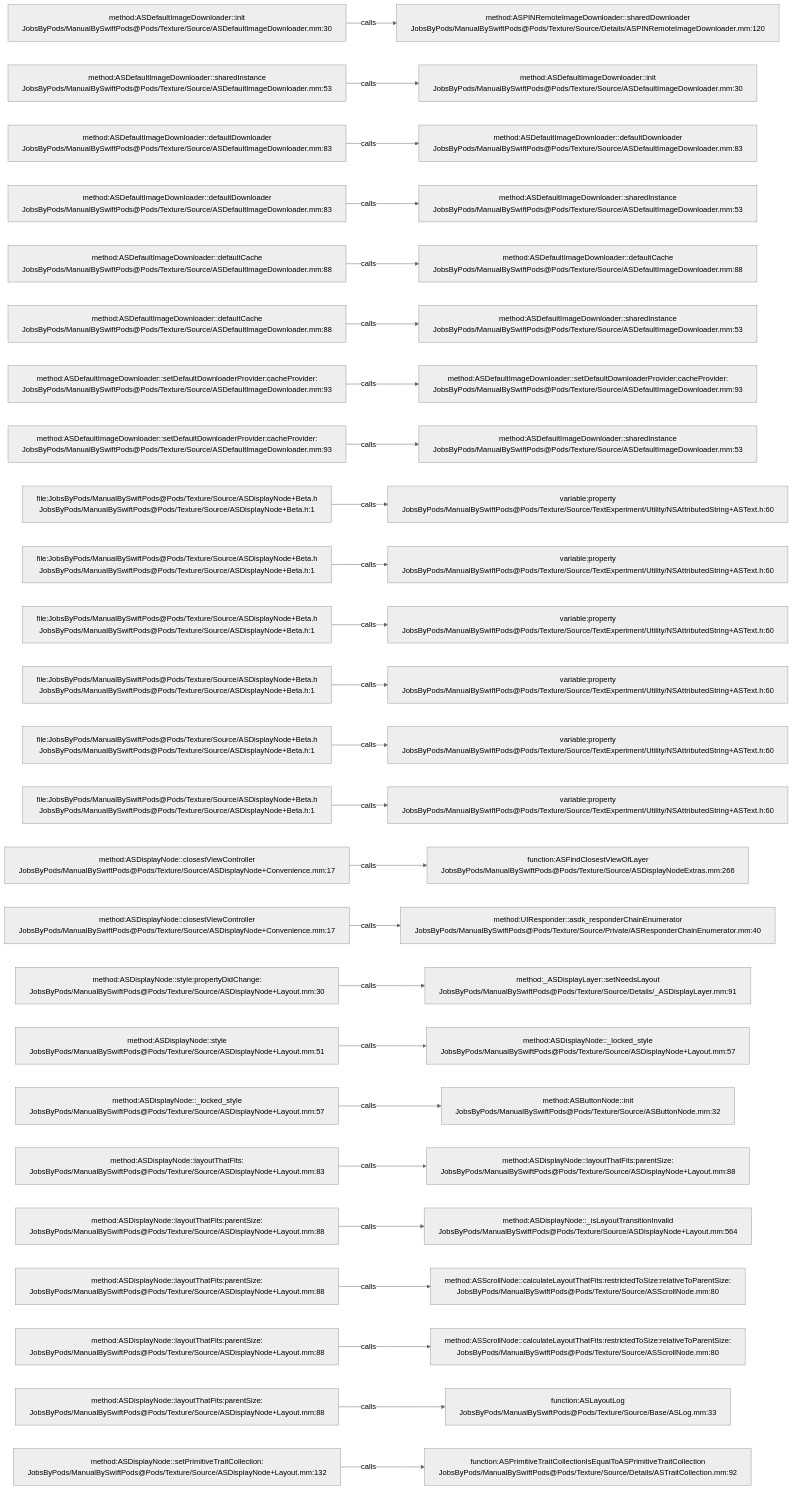
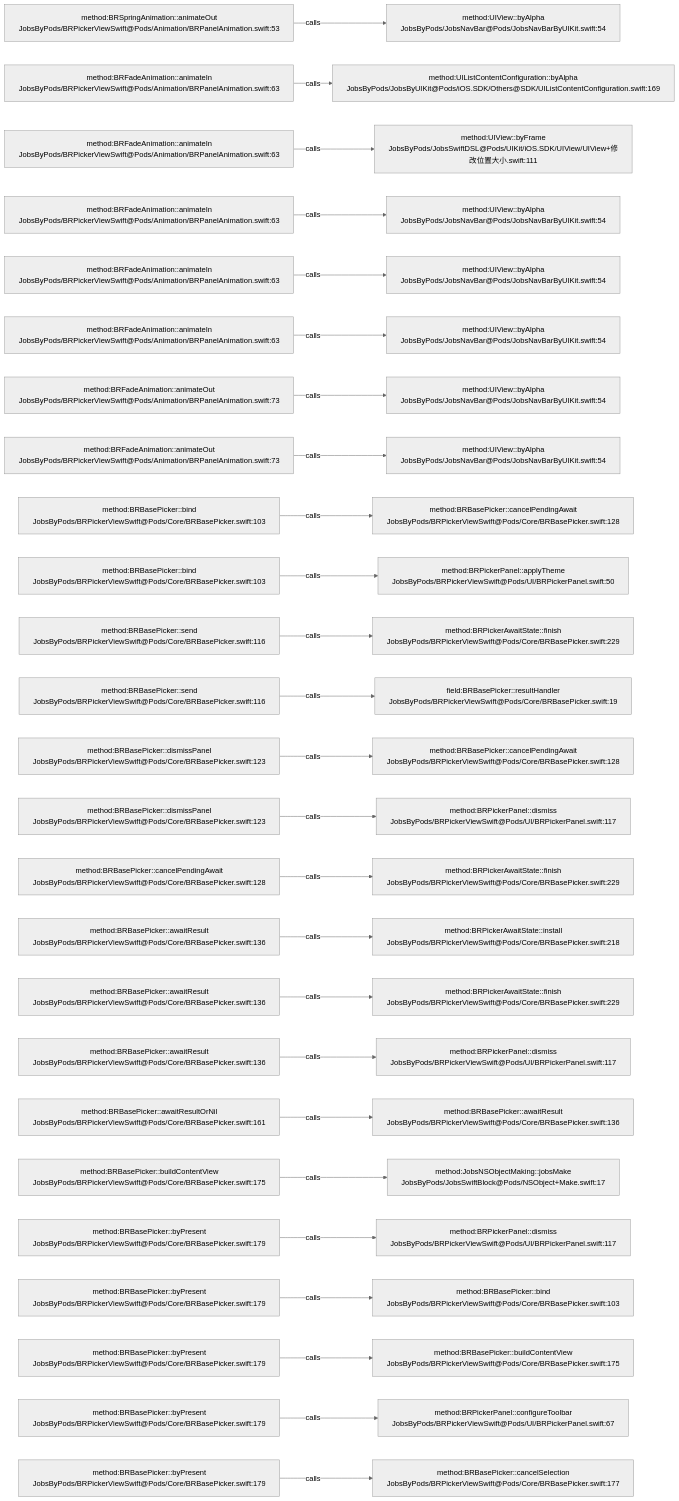
One commit to JobsKits/JobsSwiftBaseConfigDemo changed the diagram in .codegraph/codegraph.md/graphs/calls-020.md. Above: the diagram before and after it, drawn with Mermaid (neutral theme). The commit also changed 224 other files, not shown here.

````diff
--- a/.codegraph/codegraph.md/graphs/calls-020.md
+++ b/.codegraph/codegraph.md/graphs/calls-020.md
@@ -13,78 +13,78 @@
 ```mermaid
 flowchart LR
-  S1["method:ASDefaultImageDownloader::init<br/>JobsByPods/ManualBySwiftPods@Pods/Texture/Source/ASDefaultImageDownloader.mm:30"]
-  T1["method:ASPINRemoteImageDownloader::sharedDownloader<br/>JobsByPods/ManualBySwiftPods@Pods/Texture/Source/Details/ASPINRemoteImageDownloader.mm:120"]
+  S1["method:BRSpringAnimation::animateOut<br/>JobsByPods/BRPickerViewSwift@Pods/Animation/BRPanelAnimation.swift:53"]
+  T1["method:UIView::byAlpha<br/>JobsByPods/JobsNavBar@Pods/JobsNavBarByUIKit.swift:54"]
   S1 -->|calls| T1
-  S2["method:ASDefaultImageDownloader::sharedInstance<br/>JobsByPods/ManualBySwiftPods@Pods/Texture/Source/ASDefaultImageDownloader.mm:53"]
-  T2["method:ASDefaultImageDownloader::init<br/>JobsByPods/ManualBySwiftPods@Pods/Texture/Source/ASDefaultImageDownloader.mm:30"]
+  S2["method:BRFadeAnimation::animateIn<br/>JobsByPods/BRPickerViewSwift@Pods/Animation/BRPanelAnimation.swift:63"]
+  T2["method:UIListContentConfiguration::byAlpha<br/>JobsByPods/JobsByUIKit@Pods/iOS.SDK/Others@SDK/UIListContentConfiguration.swift:169"]
   S2 -->|calls| T2
-  S3["method:ASDefaultImageDownloader::defaultDownloader<br/>JobsByPods/ManualBySwiftPods@Pods/Texture/Source/ASDefaultImageDownloader.mm:83"]
-  T3["method:ASDefaultImageDownloader::defaultDownloader<br/>JobsByPods/ManualBySwiftPods@Pods/Texture/Source/ASDefaultImageDownloader.mm:83"]
+  S3["method:BRFadeAnimation::animateIn<br/>JobsByPods/BRPickerViewSwift@Pods/Animation/BRPanelAnimation.swift:63"]
+  T3["method:UIView::byFrame<br/>JobsByPods/JobsSwiftDSL@Pods/UIKit/iOS.SDK/UIView/UIView+修改位置大小.swift:111"]
   S3 -->|calls| T3
-  S4["method:ASDefaultImageDownloader::defaultDownloader<br/>JobsByPods/ManualBySwiftPods@Pods/Texture/Source/ASDefaultImageDownloader.mm:83"]
-  T4["method:ASDefaultImageDownloader::sharedInstance<br/>JobsByPods/ManualBySwiftPods@Pods/Texture/Source/ASDefaultImageDownloader.mm:53"]
+  S4["method:BRFadeAnimation::animateIn<br/>JobsByPods/BRPickerViewSwift@Pods/Animation/BRPanelAnimation.swift:63"]
+  T4["method:UIView::byAlpha<br/>JobsByPods/JobsNavBar@Pods/JobsNavBarByUIKit.swift:54"]
   S4 -->|calls| T4
-  S5["method:ASDefaultImageDownloader::defaultCache<br/>JobsByPods/ManualBySwiftPods@Pods/Texture/Source/ASDefaultImageDownloader.mm:88"]
-  T5["method:ASDefaultImageDownloader::defaultCache<br/>JobsByPods/ManualBySwiftPods@Pods/Texture/Source/ASDefaultImageDownloader.mm:88"]
+  S5["method:BRFadeAnimation::animateIn<br/>JobsByPods/BRPickerViewSwift@Pods/Animation/BRPanelAnimation.swift:63"]
+  T5["method:UIView::byAlpha<br/>JobsByPods/JobsNavBar@Pods/JobsNavBarByUIKit.swift:54"]
   S5 -->|calls| T5
-  S6["method:ASDefaultImageDownloader::defaultCache<br/>JobsByPods/ManualBySwiftPods@Pods/Texture/Source/ASDefaultImageDownloader.mm:88"]
-  T6["method:ASDefaultImageDownloader::sharedInstance<br/>JobsByPods/ManualBySwiftPods@Pods/Texture/Source/ASDefaultImageDownloader.mm:53"]
+  S6["method:BRFadeAnimation::animateIn<br/>JobsByPods/BRPickerViewSwift@Pods/Animation/BRPanelAnimation.swift:63"]
+  T6["method:UIView::byAlpha<br/>JobsByPods/JobsNavBar@Pods/JobsNavBarByUIKit.swift:54"]
   S6 -->|calls| T6
-  S7["method:ASDefaultImageDownloader::setDefaultDownloaderProvider:cacheProvider:<br/>JobsByPods/ManualBySwiftPods@Pods/Texture/Source/ASDefaultImageDownloader.mm:93"]
-  T7["method:ASDefaultImageDownloader::setDefaultDownloaderProvider:cacheProvider:<br/>JobsByPods/ManualBySwiftPods@Pods/Texture/Source/ASDefaultImageDownloader.mm:93"]
+  S7["method:BRFadeAnimation::animateOut<br/>JobsByPods/BRPickerViewSwift@Pods/Animation/BRPanelAnimation.swift:73"]
+  T7["method:UIView::byAlpha<br/>JobsByPods/JobsNavBar@Pods/JobsNavBarByUIKit.swift:54"]
   S7 -->|calls| T7
-  S8["method:ASDefaultImageDownloader::setDefaultDownloaderProvider:cacheProvider:<br/>JobsByPods/ManualBySwiftPods@Pods/Texture/Source/ASDefaultImageDownloader.mm:93"]
-  T8["method:ASDefaultImageDownloader::sharedInstance<br/>JobsByPods/ManualBySwiftPods@Pods/Texture/Source/ASDefaultImageDownloader.mm:53"]
+  S8["method:BRFadeAnimation::animateOut<br/>JobsByPods/BRPickerViewSwift@Pods/Animation/BRPanelAnimation.swift:73"]
+  T8["method:UIView::byAlpha<br/>JobsByPods/JobsNavBar@Pods/JobsNavBarByUIKit.swift:54"]
   S8 -->|calls| T8
-  S9["file:JobsByPods/ManualBySwiftPods@Pods/Texture/Source/ASDisplayNode+Beta.h<br/>JobsByPods/ManualBySwiftPods@Pods/Texture/Source/ASDisplayNode+Beta.h:1"]
-  T9["variable:property<br/>JobsByPods/ManualBySwiftPods@Pods/Texture/Source/TextExperiment/Utility/NSAttributedString+ASText.h:60"]
+  S9["method:BRBasePicker::bind<br/>JobsByPods/BRPickerViewSwift@Pods/Core/BRBasePicker.swift:103"]
+  T9["method:BRBasePicker::cancelPendingAwait<br/>JobsByPods/BRPickerViewSwift@Pods/Core/BRBasePicker.swift:128"]
   S9 -->|calls| T9
-  S10["file:JobsByPods/ManualBySwiftPods@Pods/Texture/Source/ASDisplayNode+Beta.h<br/>JobsByPods/ManualBySwiftPods@Pods/Texture/Source/ASDisplayNode+Beta.h:1"]
-  T10["variable:property<br/>JobsByPods/ManualBySwiftPods@Pods/Texture/Source/TextExperiment/Utility/NSAttributedString+ASText.h:60"]
+  S10["method:BRBasePicker::bind<br/>JobsByPods/BRPickerViewSwift@Pods/Core/BRBasePicker.swift:103"]
+  T10["method:BRPickerPanel::applyTheme<br/>JobsByPods/BRPickerViewSwift@Pods/UI/BRPickerPanel.swift:50"]
   S10 -->|calls| T10
-  S11["file:JobsByPods/ManualBySwiftPods@Pods/Texture/Source/ASDisplayNode+Beta.h<br/>JobsByPods/ManualBySwiftPods@Pods/Texture/Source/ASDisplayNode+Beta.h:1"]
-  T11["variable:property<br/>JobsByPods/ManualBySwiftPods@Pods/Texture/Source/TextExperiment/Utility/NSAttributedString+ASText.h:60"]
+  S11["method:BRBasePicker::send<br/>JobsByPods/BRPickerViewSwift@Pods/Core/BRBasePicker.swift:116"]
+  T11["method:BRPickerAwaitState::finish<br/>JobsByPods/BRPickerViewSwift@Pods/Core/BRBasePicker.swift:229"]
   S11 -->|calls| T11
-  S12["file:JobsByPods/ManualBySwiftPods@Pods/Texture/Source/ASDisplayNode+Beta.h<br/>JobsByPods/ManualBySwiftPods@Pods/Texture/Source/ASDisplayNode+Beta.h:1"]
-  T12["variable:property<br/>JobsByPods/ManualBySwiftPods@Pods/Texture/Source/TextExperiment/Utility/NSAttributedString+ASText.h:60"]
+  S12["method:BRBasePicker::send<br/>JobsByPods/BRPickerViewSwift@Pods/Core/BRBasePicker.swift:116"]
+  T12["field:BRBasePicker::resultHandler<br/>JobsByPods/BRPickerViewSwift@Pods/Core/BRBasePicker.swift:19"]
   S12 -->|calls| T12
-  S13["file:JobsByPods/ManualBySwiftPods@Pods/Texture/Source/ASDisplayNode+Beta.h<br/>JobsByPods/ManualBySwiftPods@Pods/Texture/Source/ASDisplayNode+Beta.h:1"]
-  T13["variable:property<br/>JobsByPods/ManualBySwiftPods@Pods/Texture/Source/TextExperiment/Utility/NSAttributedString+ASText.h:60"]
+  S13["method:BRBasePicker::dismissPanel<br/>JobsByPods/BRPickerViewSwift@Pods/Core/BRBasePicker.swift:123"]
+  T13["method:BRBasePicker::cancelPendingAwait<br/>JobsByPods/BRPickerViewSwift@Pods/Core/BRBasePicker.swift:128"]
   S13 -->|calls| T13
-  S14["file:JobsByPods/ManualBySwiftPods@Pods/Texture/Source/ASDisplayNode+Beta.h<br/>JobsByPods/ManualBySwiftPods@Pods/Texture/Source/ASDisplayNode+Beta.h:1"]
-  T14["variable:property<br/>JobsByPods/ManualBySwiftPods@Pods/Texture/Source/TextExperiment/Utility/NSAttributedString+ASText.h:60"]
+  S14["method:BRBasePicker::dismissPanel<br/>JobsByPods/BRPickerViewSwift@Pods/Core/BRBasePicker.swift:123"]
+  T14["method:BRPickerPanel::dismiss<br/>JobsByPods/BRPickerViewSwift@Pods/UI/BRPickerPanel.swift:117"]
   S14 -->|calls| T14
-  S15["method:ASDisplayNode::closestViewController<br/>JobsByPods/ManualBySwiftPods@Pods/Texture/Source/ASDisplayNode+Convenience.mm:17"]
-  T15["function:ASFindClosestViewOfLayer<br/>JobsByPods/ManualBySwiftPods@Pods/Texture/Source/ASDisplayNodeExtras.mm:266"]
+  S15["method:BRBasePicker::cancelPendingAwait<br/>JobsByPods/BRPickerViewSwift@Pods/Core/BRBasePicker.swift:128"]
+  T15["method:BRPickerAwaitState::finish<br/>JobsByPods/BRPickerViewSwift@Pods/Core/BRBasePicker.swift:229"]
   S15 -->|calls| T15
-  S16["method:ASDisplayNode::closestViewController<br/>JobsByPods/ManualBySwiftPods@Pods/Texture/Source/ASDisplayNode+Convenience.mm:17"]
-  T16["method:UIResponder::asdk_responderChainEnumerator<br/>JobsByPods/ManualBySwiftPods@Pods/Texture/Source/Private/ASResponderChainEnumerator.mm:40"]
+  S16["method:BRBasePicker::awaitResult<br/>JobsByPods/BRPickerViewSwift@Pods/Core/BRBasePicker.swift:136"]
+  T16["method:BRPickerAwaitState::install<br/>JobsByPods/BRPickerViewSwift@Pods/Core/BRBasePicker.swift:218"]
   S16 -->|calls| T16
-  S17["method:ASDisplayNode::style:propertyDidChange:<br/>JobsByPods/ManualBySwiftPods@Pods/Texture/Source/ASDisplayNode+Layout.mm:30"]
-  T17["method:_ASDisplayLayer::setNeedsLayout<br/>JobsByPods/ManualBySwiftPods@Pods/Texture/Source/Details/_ASDisplayLayer.mm:91"]
+  S17["method:BRBasePicker::awaitResult<br/>JobsByPods/BRPickerViewSwift@Pods/Core/BRBasePicker.swift:136"]
+  T17["method:BRPickerAwaitState::finish<br/>JobsByPods/BRPickerViewSwift@Pods/Core/BRBasePicker.swift:229"]
   S17 -->|calls| T17
-  S18["method:ASDisplayNode::style<br/>JobsByPods/ManualBySwiftPods@Pods/Texture/Source/ASDisplayNode+Layout.mm:51"]
-  T18["method:ASDisplayNode::_locked_style<br/>JobsByPods/ManualBySwiftPods@Pods/Texture/Source/ASDisplayNode+Layout.mm:57"]
+  S18["method:BRBasePicker::awaitResult<br/>JobsByPods/BRPickerViewSwift@Pods/Core/BRBasePicker.swift:136"]
+  T18["method:BRPickerPanel::dismiss<br/>JobsByPods/BRPickerViewSwift@Pods/UI/BRPickerPanel.swift:117"]
   S18 -->|calls| T18
-  S19["method:ASDisplayNode::_locked_style<br/>JobsByPods/ManualBySwiftPods@Pods/Texture/Source/ASDisplayNode+Layout.mm:57"]
-  T19["method:ASButtonNode::init<br/>JobsByPods/ManualBySwiftPods@Pods/Texture/Source/ASButtonNode.mm:32"]
+  S19["method:BRBasePicker::awaitResultOrNil<br/>JobsByPods/BRPickerViewSwift@Pods/Core/BRBasePicker.swift:161"]
+  T19["method:BRBasePicker::awaitResult<br/>JobsByPods/BRPickerViewSwift@Pods/Core/BRBasePicker.swift:136"]
   S19 -->|calls| T19
-  S20["method:ASDisplayNode::layoutThatFits:<br/>JobsByPods/ManualBySwiftPods@Pods/Texture/Source/ASDisplayNode+Layout.mm:83"]
-  T20["method:ASDisplayNode::layoutThatFits:parentSize:<br/>JobsByPods/ManualBySwiftPods@Pods/Texture/Source/ASDisplayNode+Layout.mm:88"]
+  S20["method:BRBasePicker::buildContentView<br/>JobsByPods/BRPickerViewSwift@Pods/Core/BRBasePicker.swift:175"]
+  T20["method:JobsNSObjectMaking::jobsMake<br/>JobsByPods/JobsSwiftBlock@Pods/NSObject+Make.swift:17"]
   S20 -->|calls| T20
-  S21["method:ASDisplayNode::layoutThatFits:parentSize:<br/>JobsByPods/ManualBySwiftPods@Pods/Texture/Source/ASDisplayNode+Layout.mm:88"]
-  T21["method:ASDisplayNode::_isLayoutTransitionInvalid<br/>JobsByPods/ManualBySwiftPods@Pods/Texture/Source/ASDisplayNode+Layout.mm:564"]
+  S21["method:BRBasePicker::byPresent<br/>JobsByPods/BRPickerViewSwift@Pods/Core/BRBasePicker.swift:179"]
+  T21["method:BRPickerPanel::dismiss<br/>JobsByPods/BRPickerViewSwift@Pods/UI/BRPickerPanel.swift:117"]
   S21 -->|calls| T21
-  S22["method:ASDisplayNode::layoutThatFits:parentSize:<br/>JobsByPods/ManualBySwiftPods@Pods/Texture/Source/ASDisplayNode+Layout.mm:88"]
-  T22["method:ASScrollNode::calculateLayoutThatFits:restrictedToSize:relativeToParentSize:<br/>JobsByPods/ManualBySwiftPods@Pods/Texture/Source/ASScrollNode.mm:80"]
+  S22["method:BRBasePicker::byPresent<br/>JobsByPods/BRPickerViewSwift@Pods/Core/BRBasePicker.swift:179"]
+  T22["method:BRBasePicker::bind<br/>JobsByPods/BRPickerViewSwift@Pods/Core/BRBasePicker.swift:103"]
   S22 -->|calls| T22
-  S23["method:ASDisplayNode::layoutThatFits:parentSize:<br/>JobsByPods/ManualBySwiftPods@Pods/Texture/Source/ASDisplayNode+Layout.mm:88"]
-  T23["method:ASScrollNode::calculateLayoutThatFits:restrictedToSize:relativeToParentSize:<br/>JobsByPods/ManualBySwiftPods@Pods/Texture/Source/ASScrollNode.mm:80"]
+  S23["method:BRBasePicker::byPresent<br/>JobsByPods/BRPickerViewSwift@Pods/Core/BRBasePicker.swift:179"]
+  T23["method:BRBasePicker::buildContentView<br/>JobsByPods/BRPickerViewSwift@Pods/Core/BRBasePicker.swift:175"]
   S23 -->|calls| T23
-  S24["method:ASDisplayNode::layoutThatFits:parentSize:<br/>JobsByPods/ManualBySwiftPods@Pods/Texture/Source/ASDisplayNode+Layout.mm:88"]
-  T24["function:ASLayoutLog<br/>JobsByPods/ManualBySwiftPods@Pods/Texture/Source/Base/ASLog.mm:33"]
+  S24["method:BRBasePicker::byPresent<br/>JobsByPods/BRPickerViewSwift@Pods/Core/BRBasePicker.swift:179"]
+  T24["method:BRPickerPanel::configureToolbar<br/>JobsByPods/BRPickerViewSwift@Pods/UI/BRPickerPanel.swift:67"]
   S24 -->|calls| T24
-  S25["method:ASDisplayNode::setPrimitiveTraitCollection:<br/>JobsByPods/ManualBySwiftPods@Pods/Texture/Source/ASDisplayNode+Layout.mm:132"]
-  T25["function:ASPrimitiveTraitCollectionIsEqualToASPrimitiveTraitCollection<br/>JobsByPods/ManualBySwiftPods@Pods/Texture/Source/Details/ASTraitCollection.mm:92"]
+  S25["method:BRBasePicker::byPresent<br/>JobsByPods/BRPickerViewSwift@Pods/Core/BRBasePicker.swift:179"]
+  T25["method:BRBasePicker::cancelSelection<br/>JobsByPods/BRPickerViewSwift@Pods/Core/BRBasePicker.swift:177"]
   S25 -->|calls| T25
 ```
````
